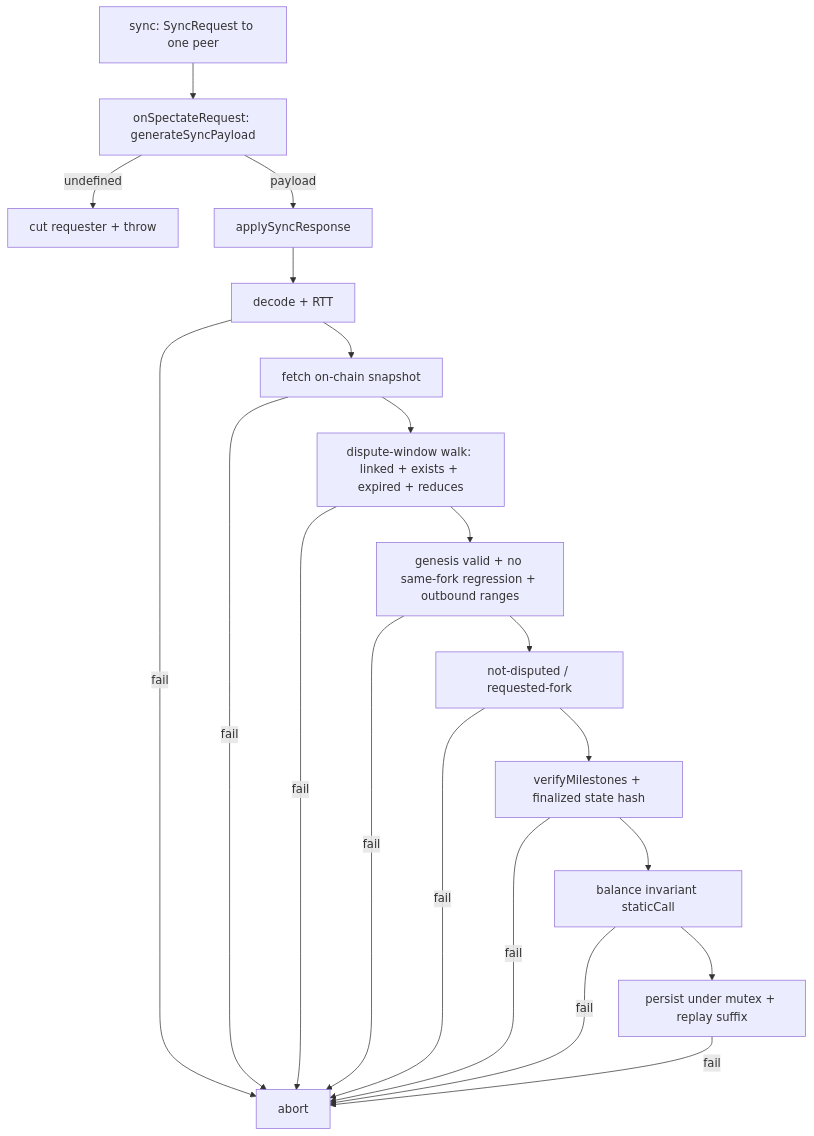
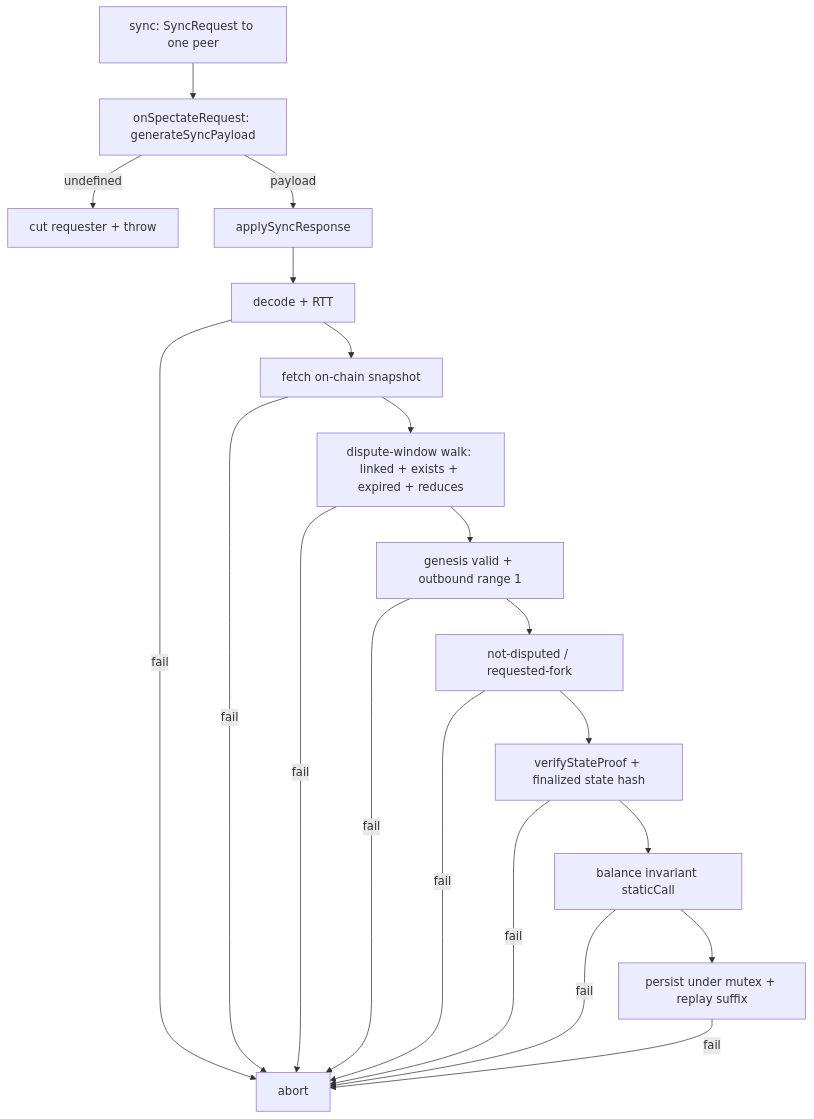
Before and after one commit to peer3to/state-channels-plus: the diagram in docs/spec/implementation/views/architecture/sdk/rpc/spectate.md, drawn with Mermaid. The commit also changed other lines of this file and 388 other files, not shown here.

````diff
--- a/docs/spec/implementation/views/architecture/sdk/rpc/spectate.md
+++ b/docs/spec/implementation/views/architecture/sdk/rpc/spectate.md
@@ -194,15 +226,15 @@
 ```mermaid
 flowchart TD
     RQ[sync: SyncRequest to one peer] --> RESP[onSpectateRequest: generateSyncPayload]
     RESP -- undefined --> CUT[cut requester + throw]
     RESP -- payload --> AV[applySyncResponse]
     AV --> V1[decode + RTT]
     V1 --> V2[fetch on-chain snapshot]
     V2 --> V3[dispute-window walk: linked + exists + expired + reduces]
-    V3 --> V4[genesis valid + no same-fork regression + outbound ranges]
+    V3 --> V4[genesis valid + outbound range 1]
     V4 --> V5[not-disputed / requested-fork]
-    V5 --> V6[verifyMilestones + finalized state hash]
+    V5 --> V6[verifyStateProof + finalized state hash]
     V6 --> V7[balance invariant staticCall]
     V7 --> P[persist under mutex + replay suffix]
     V1 & V2 & V3 & V4 & V5 & V6 & V7 & P -- fail --> AB[abort]
 ```
````
